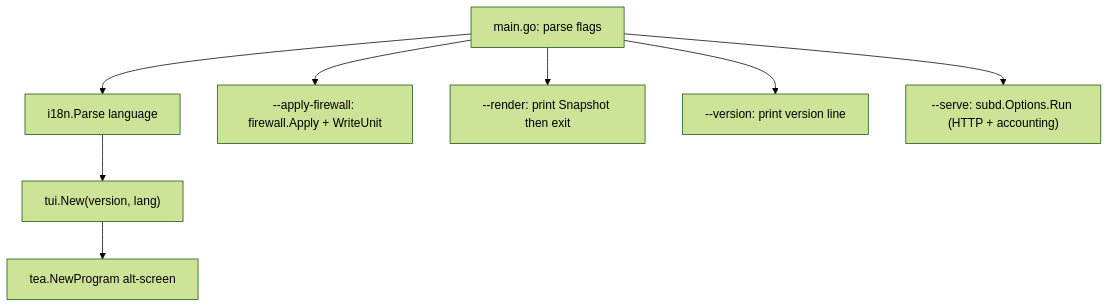
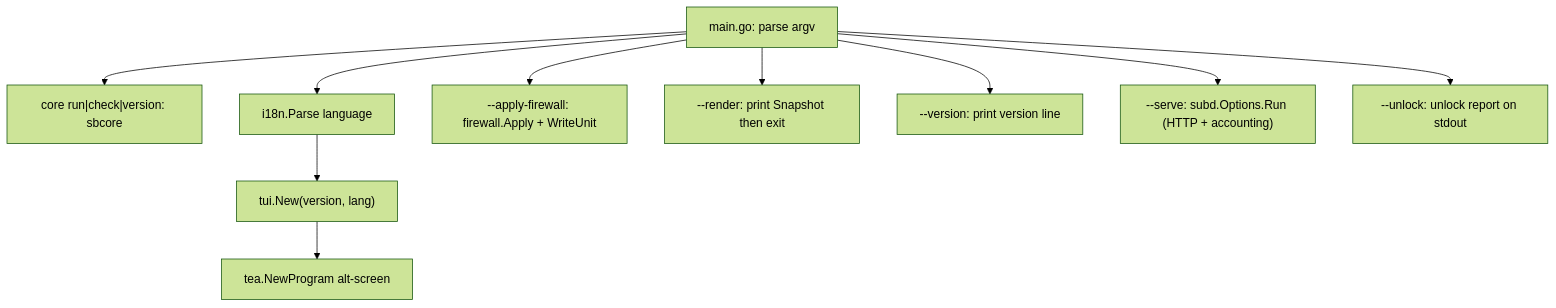
Before and after one commit to MinimaxFlora/EasySB: the diagram in docs/architecture.md, drawn with Mermaid (forest theme). The commit also changed other lines of this file and 72 other files, not shown here.

````diff
--- a/docs/architecture.md
+++ b/docs/architecture.md
@@ -81,10 +87,12 @@
 ```mermaid
 graph TD
-    A["main.go: parse flags"] --> B["i18n.Parse language"]
+    A["main.go: parse argv"] --> N["core run|check|version: sbcore"]
+    A --> B["i18n.Parse language"]
     B --> C["tui.New(version, lang)"]
     C --> D["tea.NewProgram alt-screen"]
     A --> E["--apply-firewall: firewall.Apply + WriteUnit"]
     A --> F["--render: print Snapshot then exit"]
     A --> G["--version: print version line"]
     A --> H["--serve: subd.Options.Run (HTTP + accounting)"]
+    A --> I["--unlock: unlock report on stdout"]
 ```
````
